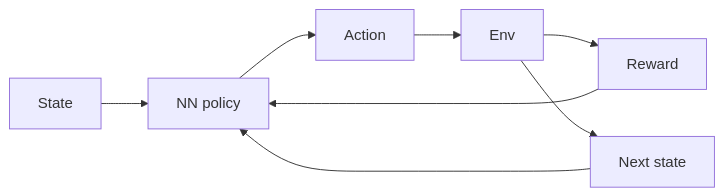
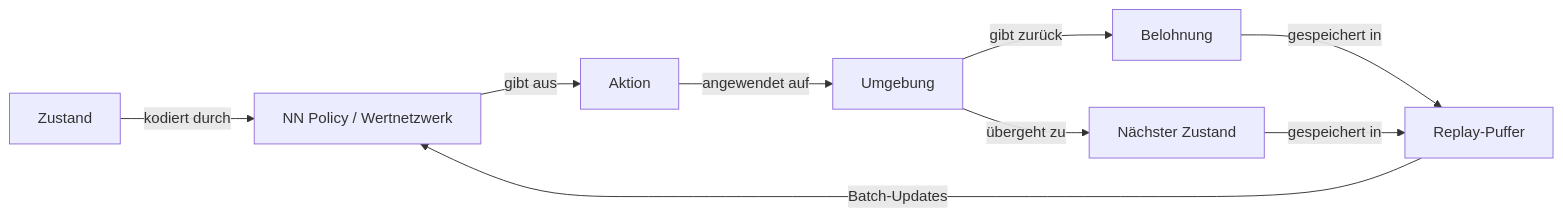
One commit to EmersonBraun/ai-summary-hub changed the diagram in i18n/de/docusaurus-plugin-content-docs/current/drl/index.md. Above: the diagram before and after it, drawn with Mermaid. The commit also changed other lines of this file and 230 other files, not shown here.

````diff
--- a/i18n/de/docusaurus-plugin-content-docs/current/drl/index.md
+++ b/i18n/de/docusaurus-plugin-content-docs/current/drl/index.md
@@ -17,10 +25,11 @@
 ```mermaid
 flowchart LR
-  State[State] --> Policy[NN policy]
-  Policy --> Action[Action]
-  Action --> Env[Env]
-  Env --> Reward[Reward]
-  Env --> NextState[Next state]
-  Reward --> Policy
-  NextState --> Policy
+  State[Zustand] -->|kodiert durch| Policy[NN Policy / Wertnetzwerk]
+  Policy -->|gibt aus| Action[Aktion]
+  Action -->|angewendet auf| Env[Umgebung]
+  Env -->|gibt zurück| Reward[Belohnung]
+  Env -->|übergeht zu| NextState[Nächster Zustand]
+  Reward -->|gespeichert in| Buffer[Replay-Puffer]
+  NextState -->|gespeichert in| Buffer
+  Buffer -->|Batch-Updates| Policy
 ```
````
